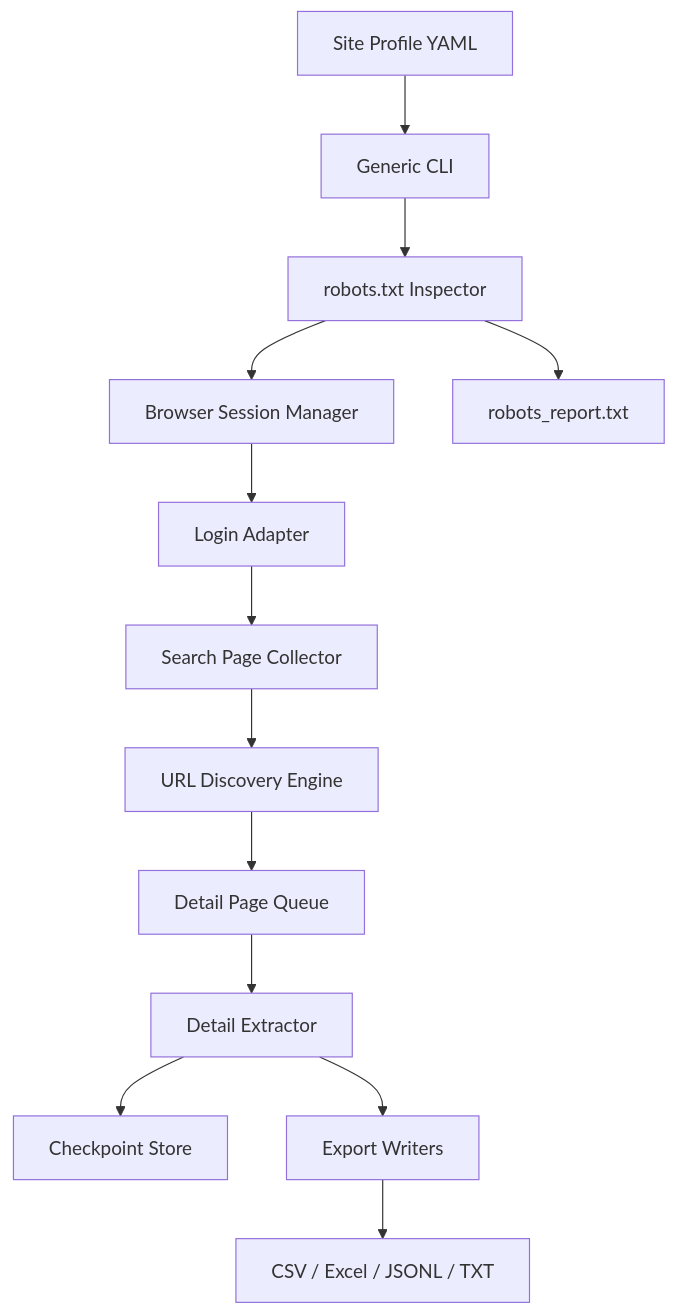
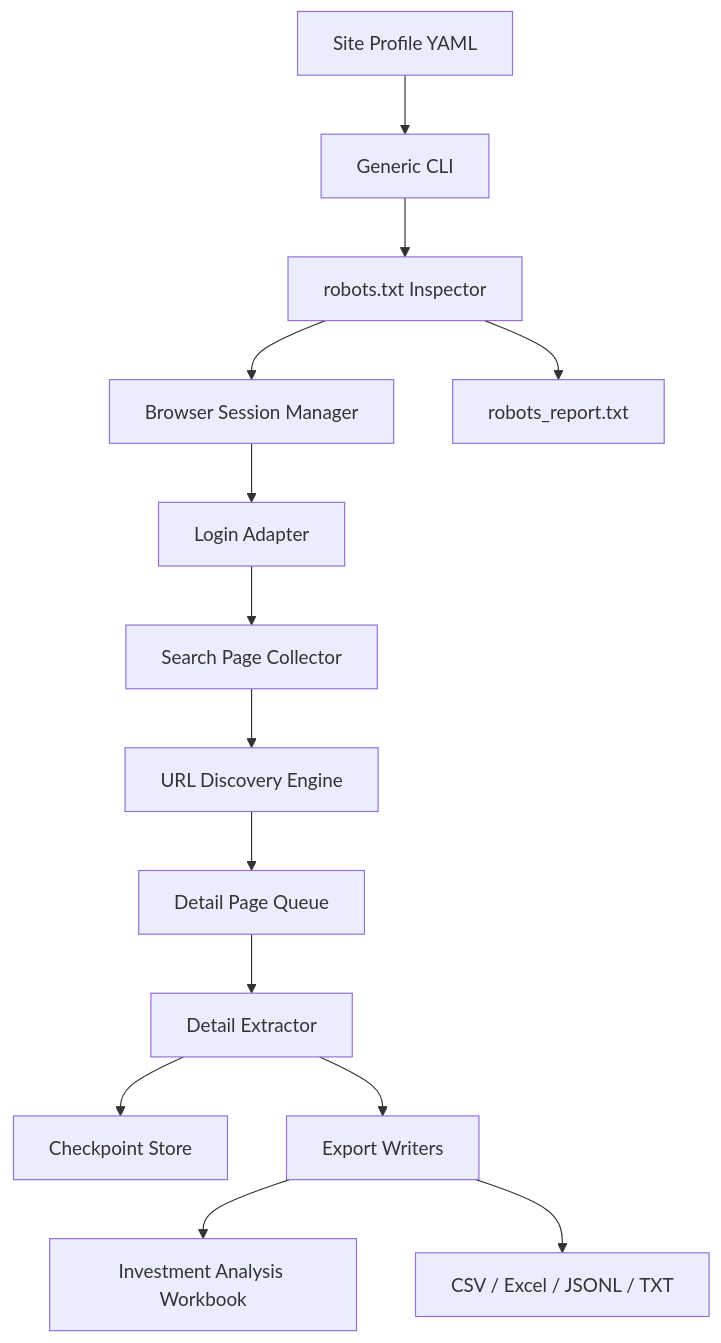
The diagram in README.md (univcorp2-ctrl/authorized-web-data-exporter), drawn with Mermaid before and after one commit. The commit also changed other lines of this file, not shown here.

Commit message:
Document investment analysis workflow and API key handling

````diff
--- a/README.md
+++ b/README.md
@@ -70,15 +88,16 @@
 ```mermaid
 flowchart TD
     A[Site Profile YAML] --> B[Generic CLI]
     B --> R[robots.txt Inspector]
     R --> C[Browser Session Manager]
     C --> D[Login Adapter]
     D --> E[Search Page Collector]
     E --> F[URL Discovery Engine]
     F --> G[Detail Page Queue]
     G --> H[Detail Extractor]
     H --> I[Checkpoint Store]
     H --> J[Export Writers]
-    J --> K[CSV / Excel / JSONL / TXT]
-    R --> L[robots_report.txt]
+    J --> K[Investment Analysis Workbook]
+    J --> L[CSV / Excel / JSONL / TXT]
+    R --> M[robots_report.txt]
 ```
````
